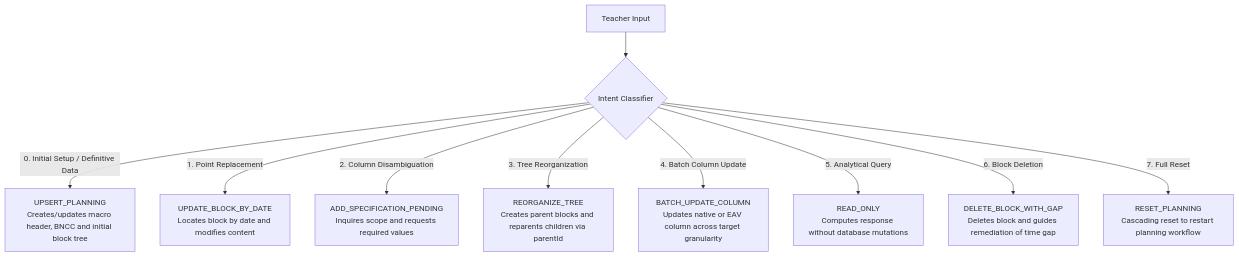
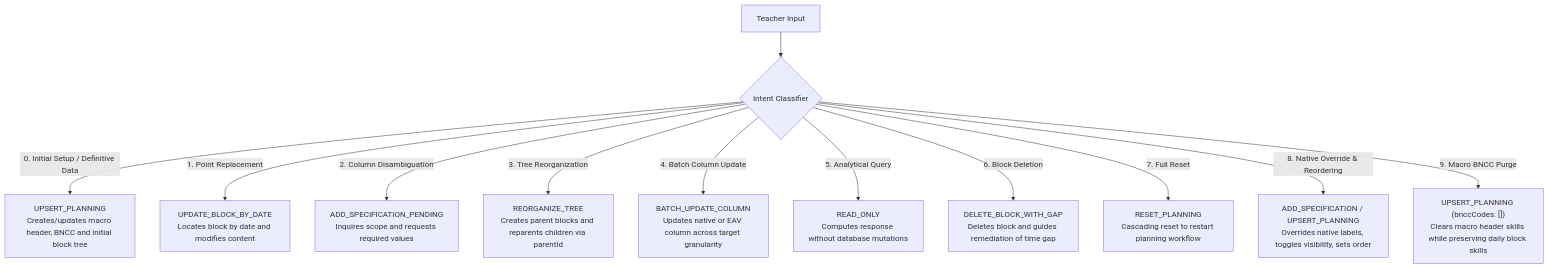
The diagram in apps/service/docs/planning/04_INTENT_CATALOG.md (azevgabriel/teachy-test), drawn with Mermaid before and after one commit. The commit also changed other lines of this file and 16 other files, not shown here.

Commit message:
feat(specifications): visual visibility control, label omission, universal reordering and native field reuse

````diff
--- a/apps/service/docs/planning/04_INTENT_CATALOG.md
+++ b/apps/service/docs/planning/04_INTENT_CATALOG.md
@@ -13,13 +13,15 @@
 ```mermaid
 flowchart TD
     Msg["Teacher Input"] --> Classifier{"Intent Classifier"}
     
     Classifier -->|0. Initial Setup / Definitive Data| I0["UPSERT_PLANNING\nCreates/updates macro header, BNCC and initial block tree"]
     Classifier -->|1. Point Replacement| I1["UPDATE_BLOCK_BY_DATE\nLocates block by date and modifies content"]
     Classifier -->|2. Column Disambiguation| I2["ADD_SPECIFICATION_PENDING\nInquires scope and requests required values"]
     Classifier -->|3. Tree Reorganization| I3["REORGANIZE_TREE\nCreates parent blocks and reparents children via parentId"]
     Classifier -->|4. Batch Column Update| I4["BATCH_UPDATE_COLUMN\nUpdates native or EAV column across target granularity"]
     Classifier -->|5. Analytical Query| I5["READ_ONLY\nComputes response without database mutations"]
     Classifier -->|6. Block Deletion| I6["DELETE_BLOCK_WITH_GAP\nDeletes block and guides remediation of time gap"]
     Classifier -->|7. Full Reset| I7["RESET_PLANNING\nCascading reset to restart planning workflow"]
+    Classifier -->|8. Native Override & Reordering| I8["ADD_SPECIFICATION / UPSERT_PLANNING\nOverrides native labels, toggles visibility, sets order"]
+    Classifier -->|9. Macro BNCC Purge| I9["UPSERT_PLANNING (bnccCodes: [])\nClears macro header skills while preserving daily block skills"]
 ```
````
